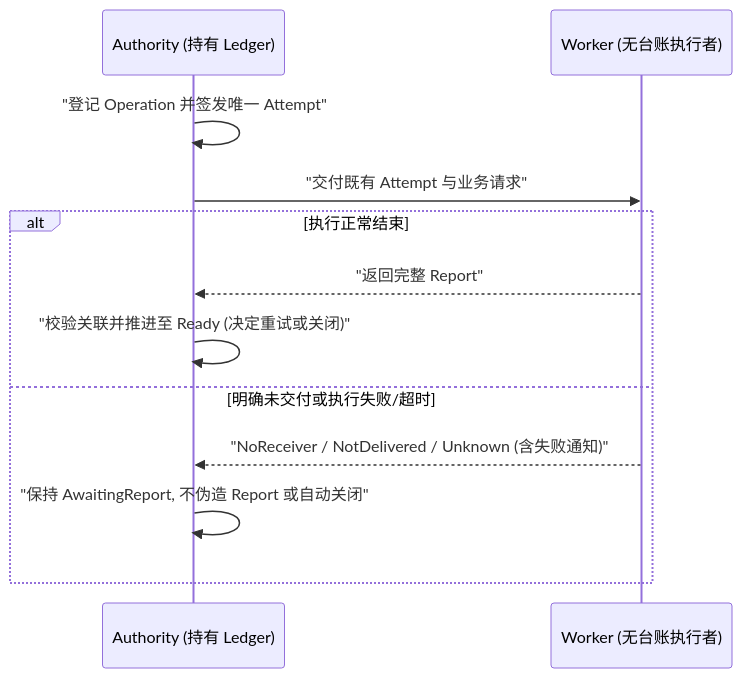
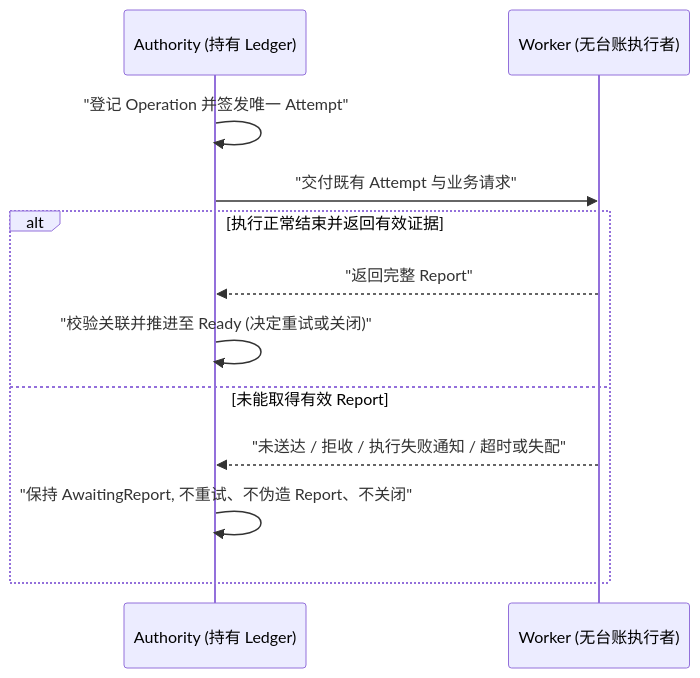
The first of 2 diagrams in spec/03-roles.md (Everfold/Beamlet), drawn with Mermaid before and after one commit. The commit also changed other lines of this file and 6 other files, not shown here.

Commit message:
docs(spec): collapse delivery errors into binary report-or-awaiting semantics

````diff
--- a/spec/03-roles.md
+++ b/spec/03-roles.md
@@ -8,15 +8,15 @@
 ```mermaid
 sequenceDiagram
     participant A as Authority (持有 Ledger)
     participant W as Worker (无台账执行者)
 
     A->>A: "登记 Operation 并签发唯一 Attempt"
     A->>W: "交付既有 Attempt 与业务请求"
-    alt 执行正常结束
+    alt 执行正常结束并返回有效证据
         W-->>A: "返回完整 Report"
         A->>A: "校验关联并推进至 Ready (决定重试或关闭)"
-    else 明确未交付或执行失败/超时
-        W-->>A: "NoReceiver / NotDelivered / Unknown (含失败通知)"
-        A->>A: "保持 AwaitingReport, 不伪造 Report 或自动关闭"
+    else 未能取得有效 Report
+        W-->>A: "未送达 / 拒收 / 执行失败通知 / 超时或失配"
+        A->>A: "保持 AwaitingReport, 不重试、不伪造 Report、不关闭"
     end
 ```
````
